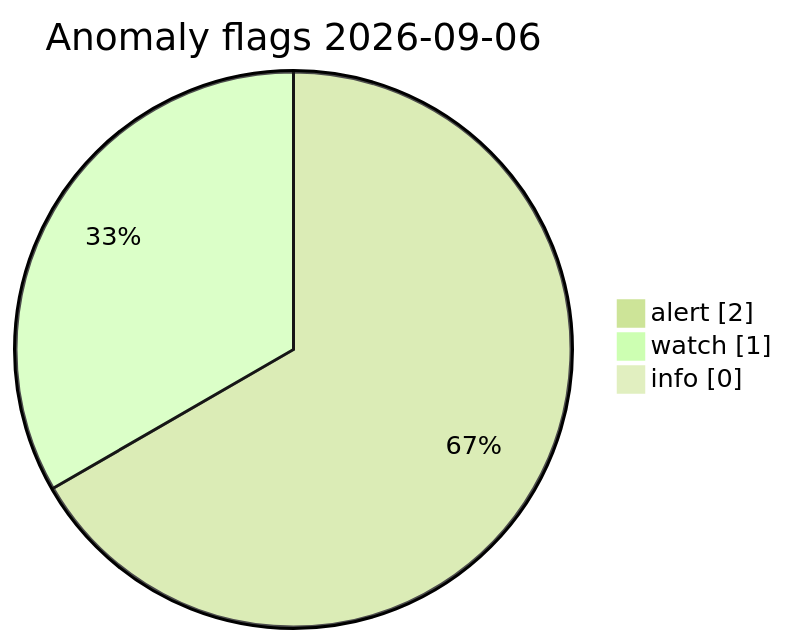
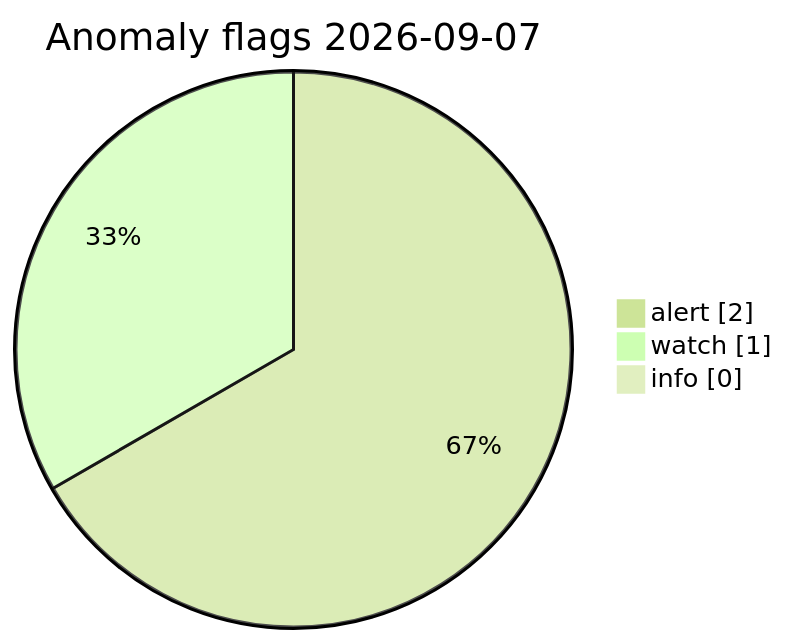
The diagram in visuals/latest/CHARTS.md (Midwest-Stratospheric/Unified-Open-Global-Weather), drawn with Mermaid (forest theme) before and after one commit. The commit also changed other lines of this file and 11 other files, not shown here.

Commit message:
data(visuals): automated charts 2026-09-07T12:39Z

````diff
--- a/visuals/latest/CHARTS.md
+++ b/visuals/latest/CHARTS.md
@@ -73,7 +73,7 @@
 ```mermaid
 pie showData
-  title Anomaly flags 2026-09-06
+  title Anomaly flags 2026-09-07
   "alert" : 2
   "watch" : 1
   "info" : 0
 ```
````
